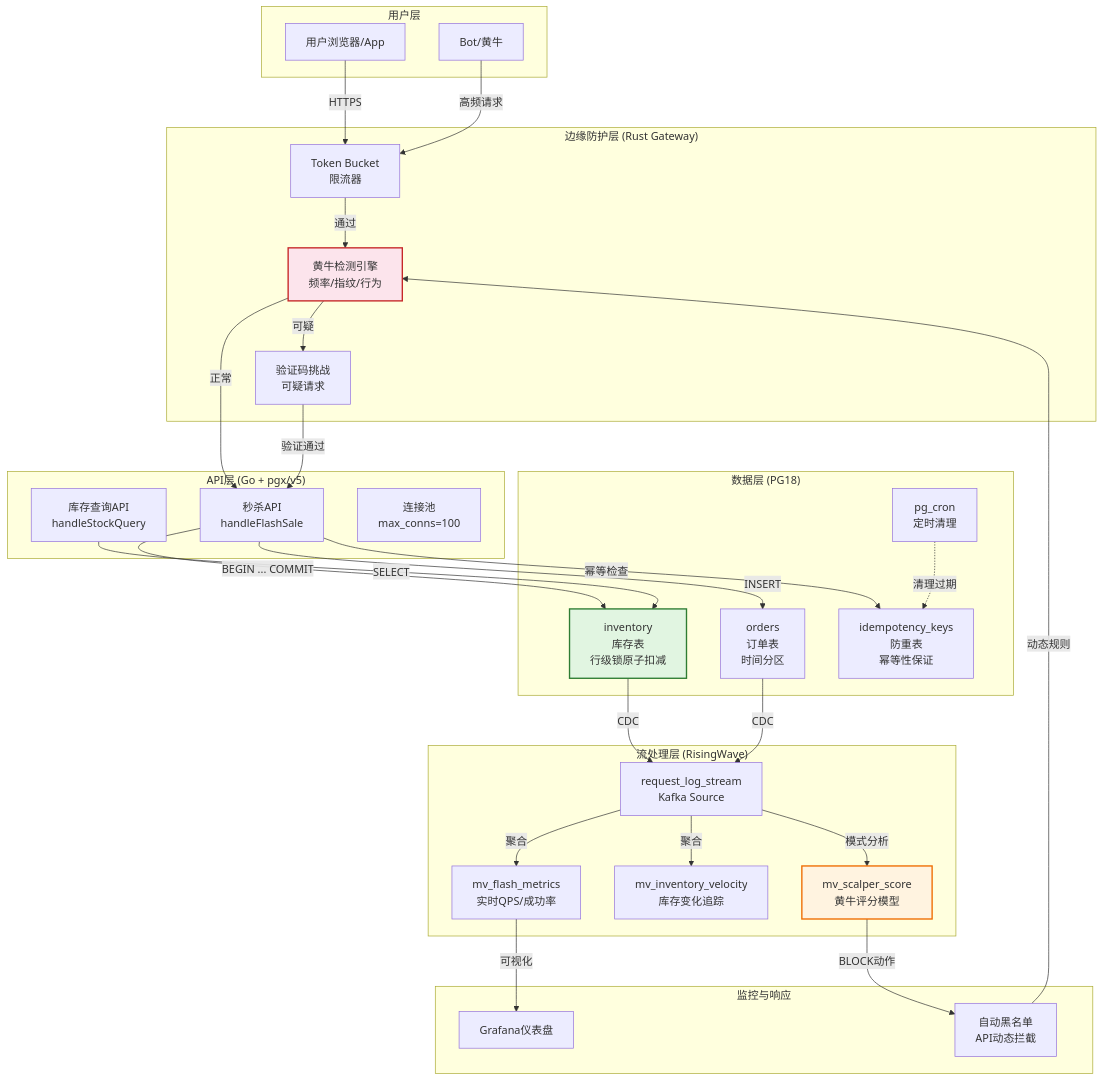
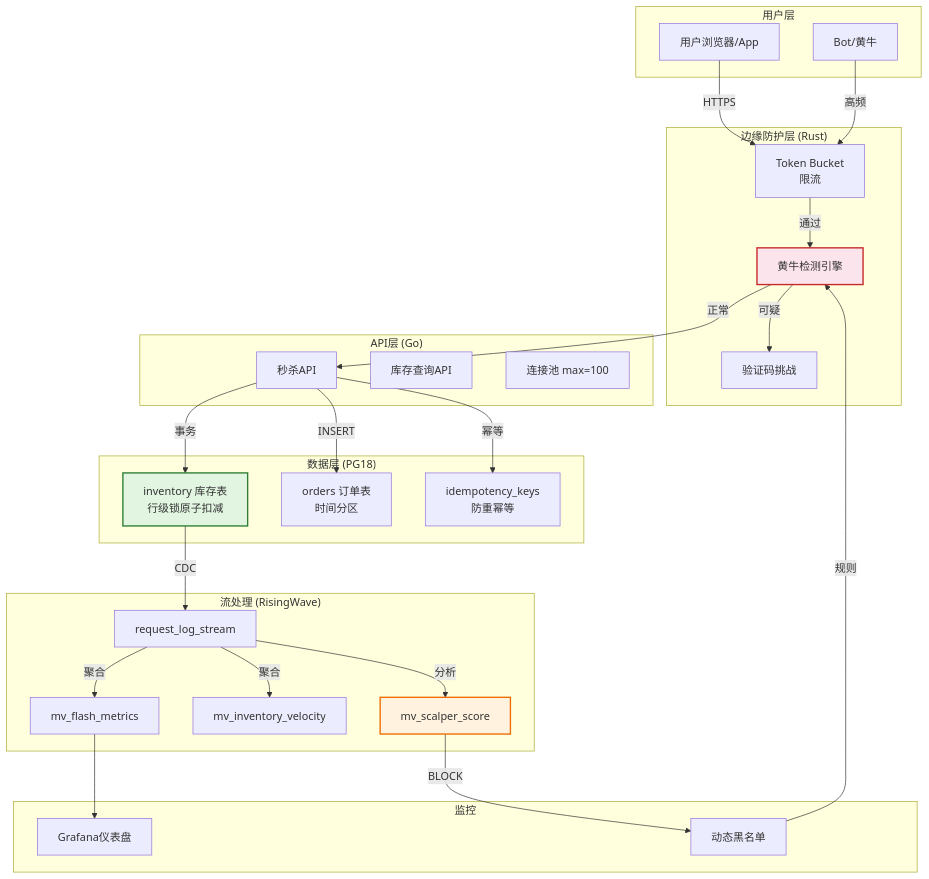
One commit to AdaMartin18010/AnalysisDataFlow changed the first of 2 diagrams in TECH-STACK-POSTGRESQL-18-MULTI-LANGUAGE-STREAMING/05-production-patterns/05.10-industry-case-ecommerce-flash-sale.md. Above: the diagram before and after it, drawn with Mermaid. The commit also changed other lines of this file and 11 other files, not shown here.

````diff
--- a/TECH-STACK-POSTGRESQL-18-MULTI-LANGUAGE-STREAMING/05-production-patterns/05.10-industry-case-ecommerce-flash-sale.md
+++ b/TECH-STACK-POSTGRESQL-18-MULTI-LANGUAGE-STREAMING/05-production-patterns/05.10-industry-case-ecommerce-flash-sale.md
@@ -1195,62 +517,57 @@
 ```mermaid
 graph TB
     subgraph User["用户层"]
         U1["用户浏览器/App"]
         U2["Bot/黄牛"]
     end
 
-    subgraph Edge["边缘防护层 (Rust Gateway)"]
-        R1["Token Bucket<br/>限流器"]
-        R2["黄牛检测引擎<br/>频率/指纹/行为"]
-        R3["验证码挑战<br/>可疑请求"]
+    subgraph Edge["边缘防护层 (Rust)"]
+        R1["Token Bucket<br/>限流"]
+        R2["黄牛检测引擎"]
+        R3["验证码挑战"]
     end
 
-    subgraph APILayer["API层 (Go + pgx/v5)"]
-        G1["秒杀API<br/>handleFlashSale"]
-        G2["库存查询API<br/>handleStockQuery"]
-        G3["连接池<br/>max_conns=100"]
+    subgraph API["API层 (Go)"]
+        G1["秒杀API"]
+        G2["库存查询API"]
+        G3["连接池 max=100"]
     end
 
-    subgraph DataLayer["数据层 (PG18)"]
-        P1["inventory<br/>库存表<br/>行级锁原子扣减"]
-        P2["orders<br/>订单表<br/>时间分区"]
-        P3["idempotency_keys<br/>防重表<br/>幂等性保证"]
-        P4["pg_cron<br/>定时清理"]
+    subgraph DB["数据层 (PG18)"]
+        P1["inventory 库存表<br/>行级锁原子扣减"]
+        P2["orders 订单表<br/>时间分区"]
+        P3["idempotency_keys<br/>防重幂等"]
     end
 
-    subgraph StreamLayer["流处理层 (RisingWave)"]
-        RW1["request_log_stream<br/>Kafka Source"]
-        RW2["mv_flash_metrics<br/>实时QPS/成功率"]
-        RW3["mv_inventory_velocity<br/>库存变化追踪"]
-        RW4["mv_scalper_score<br/>黄牛评分模型"]
+    subgraph Stream["流处理 (RisingWave)"]
+        RW1["request_log_stream"]
+        RW2["mv_flash_metrics"]
+        RW3["mv_inventory_velocity"]
+        RW4["mv_scalper_score"]
     end
 
-    subgraph Monitor["监控与响应"]
+    subgraph Monitor["监控"]
         M1["Grafana仪表盘"]
-        M2["自动黑名单<br/>API动态拦截"]
+        M2["动态黑名单"]
     end
 
     U1 -->|HTTPS| R1
-    U2 -->|高频请求| R1
+    U2 -->|高频| R1
     R1 -->|通过| R2
     R2 -->|可疑| R3
     R2 -->|正常| G1
-    R3 -->|验证通过| G1
-    G1 -->|BEGIN ... COMMIT| P1
+    G1 -->|事务| P1
     G1 -->|INSERT| P2
-    G1 -->|幂等检查| P3
-    G2 -->|SELECT| P1
+    G1 -->|幂等| P3
     P1 -->|CDC| RW1
-    P2 -->|CDC| RW1
     RW1 -->|聚合| RW2
     RW1 -->|聚合| RW3
-    RW1 -->|模式分析| RW4
-    RW2 -->|可视化| M1
-    RW4 -->|BLOCK动作| M2
-    M2 -->|动态规则| R2
-    P4 -.->|清理过期| P3
+    RW1 -->|分析| RW4
+    RW2 --> M1
+    RW4 -->|BLOCK| M2
+    M2 -->|规则| R2
 
     style P1 fill:#e1f5e1,stroke:#2e7d32,stroke-width:2px
     style RW4 fill:#fff3e0,stroke:#ef6c00,stroke-width:2px
     style R2 fill:#fce4ec,stroke:#c62828,stroke-width:2px
 ```
````
